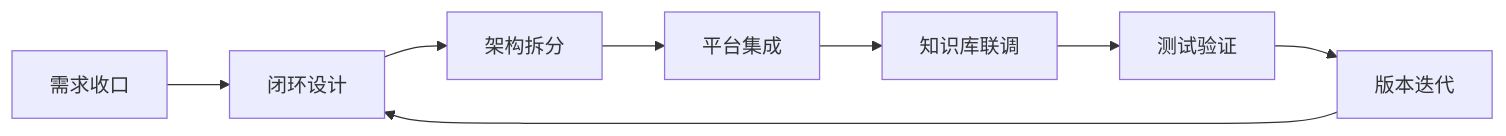
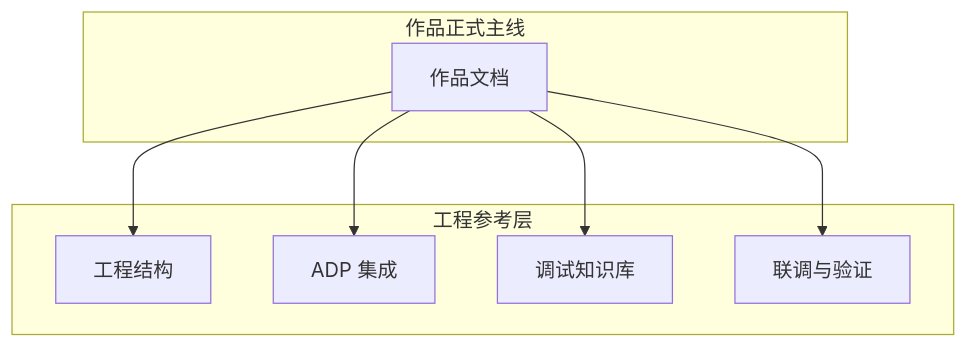
One commit to chenqsq/doc-showcase changed the second of 2 diagrams in doc/开发文档/00-开发总览.md. Above: the diagram before and after it, drawn with Mermaid. The commit also changed other lines of this file and 10 other files, not shown here.

````diff
--- a/doc/开发文档/00-开发总览.md
+++ b/doc/开发文档/00-开发总览.md
@@ -87,10 +56,18 @@
 ```mermaid
-flowchart LR
-    A[需求收口] --> B[闭环设计]
-    B --> C[架构拆分]
-    C --> D[平台集成]
-    D --> E[知识库联调]
-    E --> F[测试验证]
-    F --> G[版本迭代]
-    G --> B
+flowchart TB
+    subgraph 作品正式主线
+        A[作品文档]
+    end
+
+    subgraph 工程参考层
+        B[工程结构]
+        C[ADP 集成]
+        D[调试知识库]
+        E[联调与验证]
+    end
+
+    A --> B
+    A --> C
+    A --> D
+    A --> E
 ```
````
